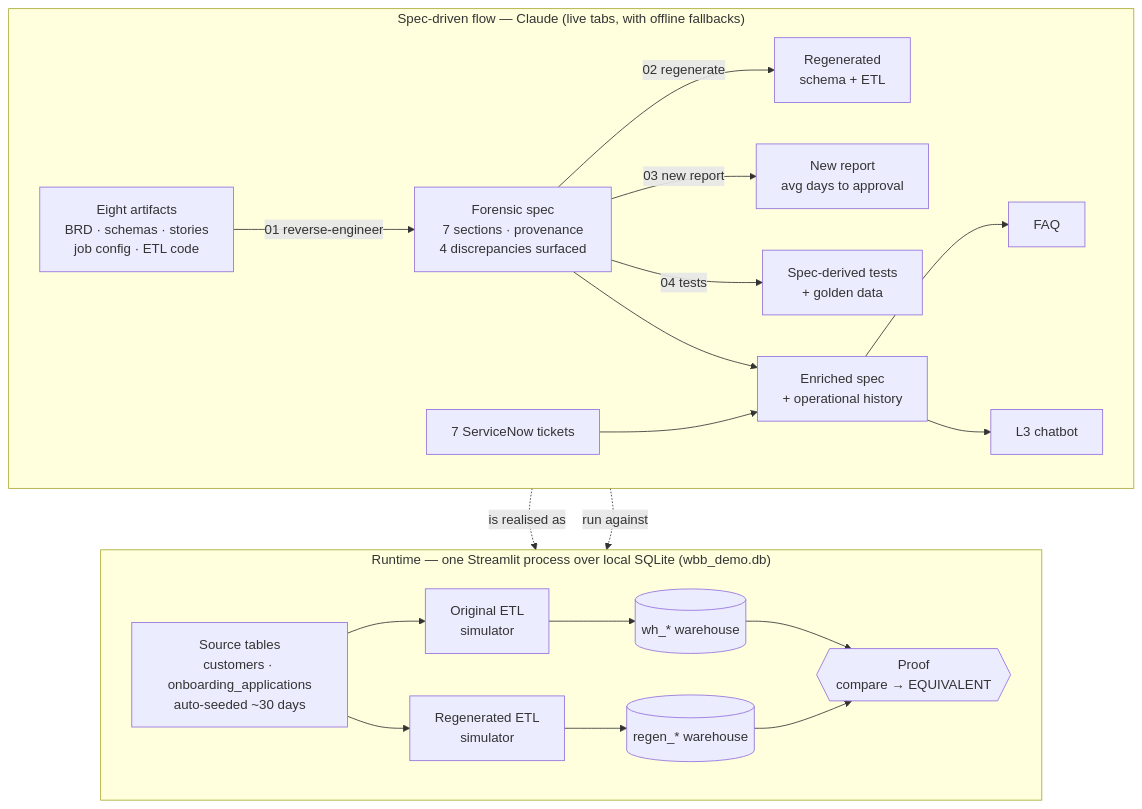
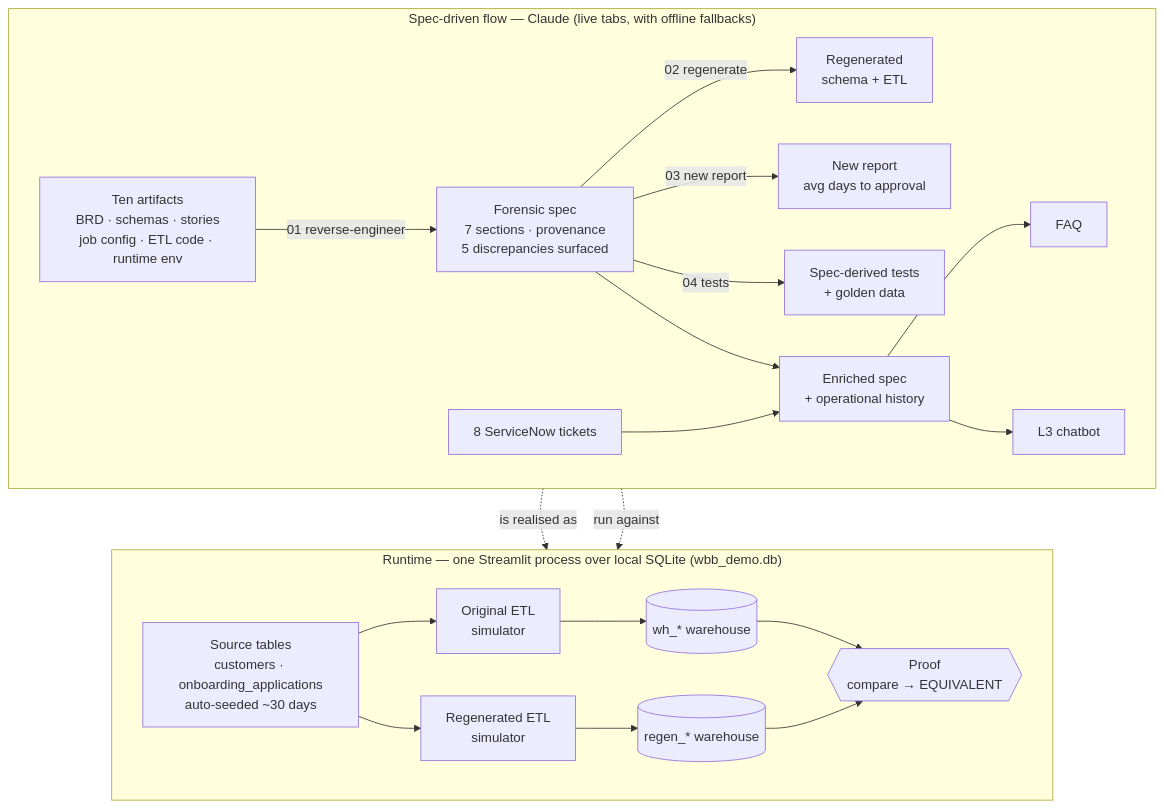
Before and after one commit to CGIDCSFred/wbb-workshop: the diagram in README.md, drawn with Mermaid. The commit also changed other lines of this file and 8 other files, not shown here.

````diff
--- a/README.md
+++ b/README.md
@@ -106,40 +108,40 @@
 ```mermaid
 flowchart TB
   subgraph FLOW["Spec-driven flow — Claude (live tabs, with offline fallbacks)"]
     direction LR
-    ART["Eight artifacts<br/>BRD · schemas · stories<br/>job config · ETL code"]
-    SPEC["Forensic spec<br/>7 sections · provenance<br/>4 discrepancies surfaced"]
+    ART["Ten artifacts<br/>BRD · schemas · stories<br/>job config · ETL code · runtime env"]
+    SPEC["Forensic spec<br/>7 sections · provenance<br/>5 discrepancies surfaced"]
     REGEN["Regenerated<br/>schema + ETL"]
     REP["New report<br/>avg days to approval"]
     TESTS["Spec-derived tests<br/>+ golden data"]
-    TIX["7 ServiceNow tickets"]
+    TIX["8 ServiceNow tickets"]
     ENR["Enriched spec<br/>+ operational history"]
     FAQ["FAQ"]
     BOT["L3 chatbot"]
     ART -->|"01 reverse-engineer"| SPEC
     SPEC -->|"02 regenerate"| REGEN
     SPEC -->|"03 new report"| REP
     SPEC -->|"04 tests"| TESTS
     SPEC --> ENR
     TIX --> ENR
     ENR --> FAQ
     ENR --> BOT
   end
 
   subgraph RUNTIME["Runtime — one Streamlit process over local SQLite (wbb_demo.db)"]
     direction LR
     SRC["Source tables<br/>customers · onboarding_applications<br/>auto-seeded ~30 days"]
     OETL["Original ETL<br/>simulator"]
     RETL["Regenerated ETL<br/>simulator"]
     WH1[("wh_* warehouse")]
     WH2[("regen_* warehouse")]
     PROOF{{"Proof<br/>compare → EQUIVALENT"}}
     SRC --> OETL --> WH1
     SRC --> RETL --> WH2
     WH1 --> PROOF
     WH2 --> PROOF
   end
 
   REGEN -.->|"is realised as"| RETL
   TESTS -.->|"run against"| WH1
 ```
````
